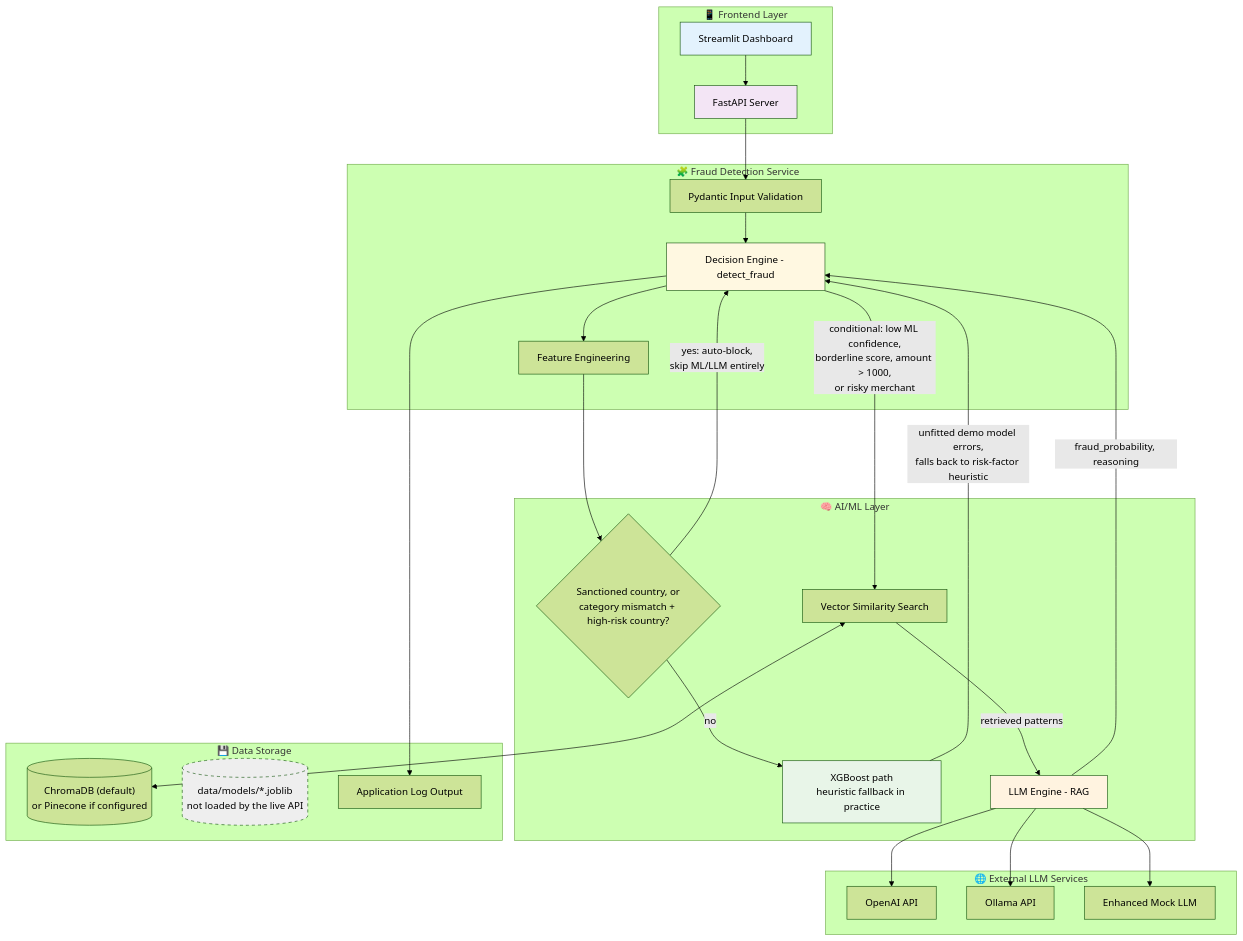
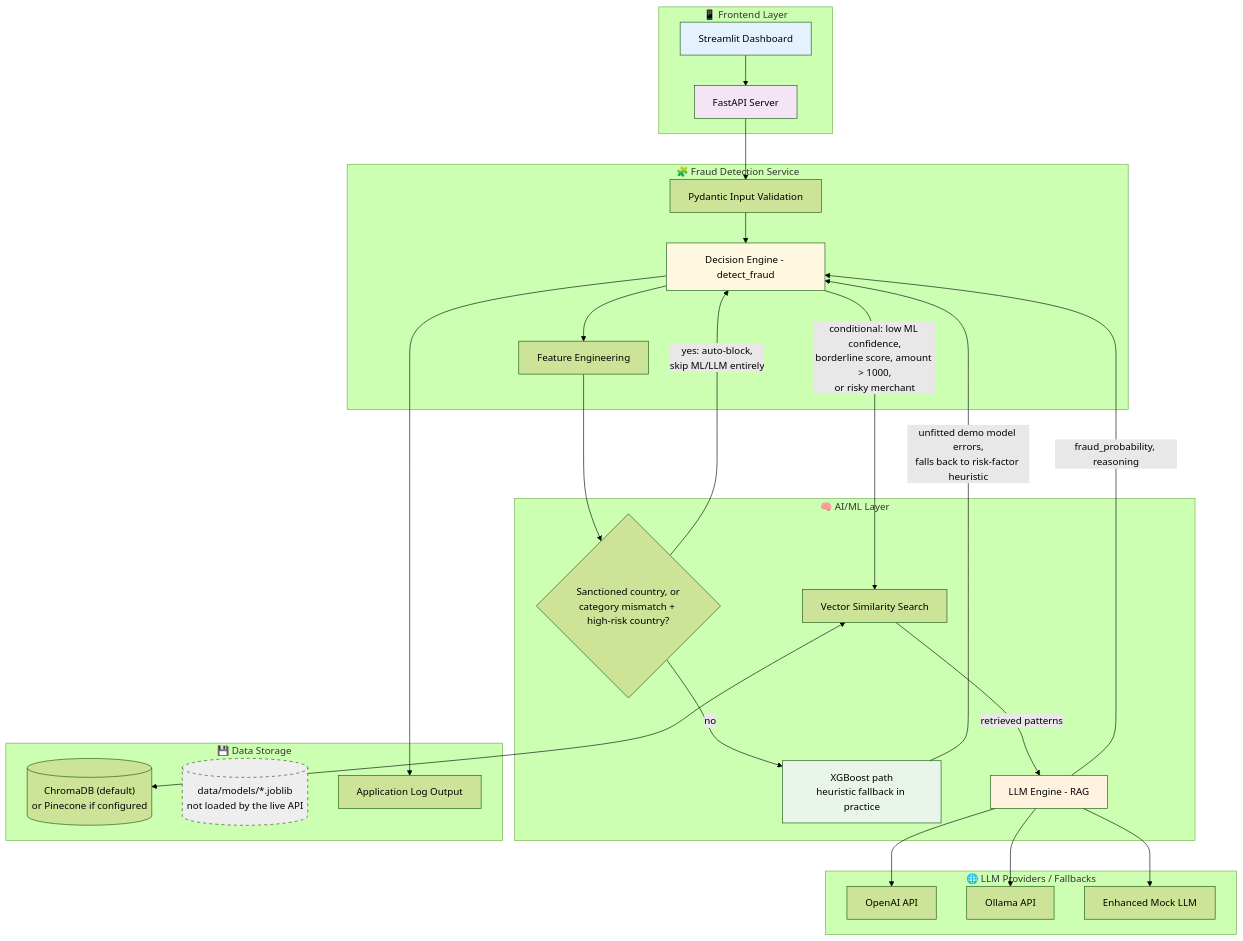
Before and after one commit to guruthanglearning/AILearning: the second of 5 diagrams in MLProjects/creditcardfrauddetection/README.md, drawn with Mermaid (forest theme).

Commit message:
Rename External LLM Services subgraph per Codex review
Enhanced Mock LLM is an in-process fallback, not an external service,
so "External LLM Services" mislabeled the group. Renamed to
"LLM Providers / Fallbacks".

````diff
--- a/MLProjects/creditcardfrauddetection/README.md
+++ b/MLProjects/creditcardfrauddetection/README.md
@@ -1626,58 +1626,58 @@
 ```mermaid
 graph TB
     subgraph "📱 Frontend Layer"
         UI[Streamlit Dashboard]
         API[FastAPI Server]
     end
 
     subgraph "🧩 Fraud Detection Service"
         VALIDATION[Pydantic Input Validation]
         DECISION[Decision Engine - detect_fraud]
         FEATURE[Feature Engineering]
     end
 
     subgraph "🧠 AI/ML Layer"
         HARDBLOCK{Sanctioned country, or<br/>category mismatch + high-risk country?}
         XGB[XGBoost path<br/>heuristic fallback in practice]
         VECTOR[Vector Similarity Search]
         LLM[LLM Engine - RAG]
     end
 
-    subgraph "🌐 External LLM Services"
+    subgraph "🌐 LLM Providers / Fallbacks"
         OPENAI[OpenAI API]
         OLLAMA[Ollama API]
         MOCK[Enhanced Mock LLM]
     end
 
     subgraph "💾 Data Storage"
         CHROMA[("ChromaDB (default)<br/>or Pinecone if configured")]
         MODELS[("data/models/*.joblib<br/>not loaded by the live API")]
         LOGS[Application Log Output]
     end
 
     UI --> API
     API --> VALIDATION
     VALIDATION --> DECISION
     DECISION --> FEATURE
     FEATURE --> HARDBLOCK
     HARDBLOCK -->|"yes: auto-block,<br/>skip ML/LLM entirely"| DECISION
     HARDBLOCK -->|no| XGB
     XGB -->|"unfitted demo model errors,<br/>falls back to risk-factor heuristic"| DECISION
 
     DECISION -->|"conditional: low ML confidence,<br/>borderline score, amount > 1000,<br/>or risky merchant"| VECTOR
     VECTOR <--> CHROMA
     VECTOR -->|retrieved patterns| LLM
     LLM --> OPENAI
     LLM --> OLLAMA
     LLM --> MOCK
     LLM -->|fraud_probability, reasoning| DECISION
 
     DECISION --> LOGS
 
     style UI fill:#e3f2fd
     style API fill:#f3e5f5
     style XGB fill:#e8f5e8
     style LLM fill:#fff3e0
     style DECISION fill:#fff8e1
     style MODELS fill:#eeeeee,stroke-dasharray: 5 5
 ```
````
